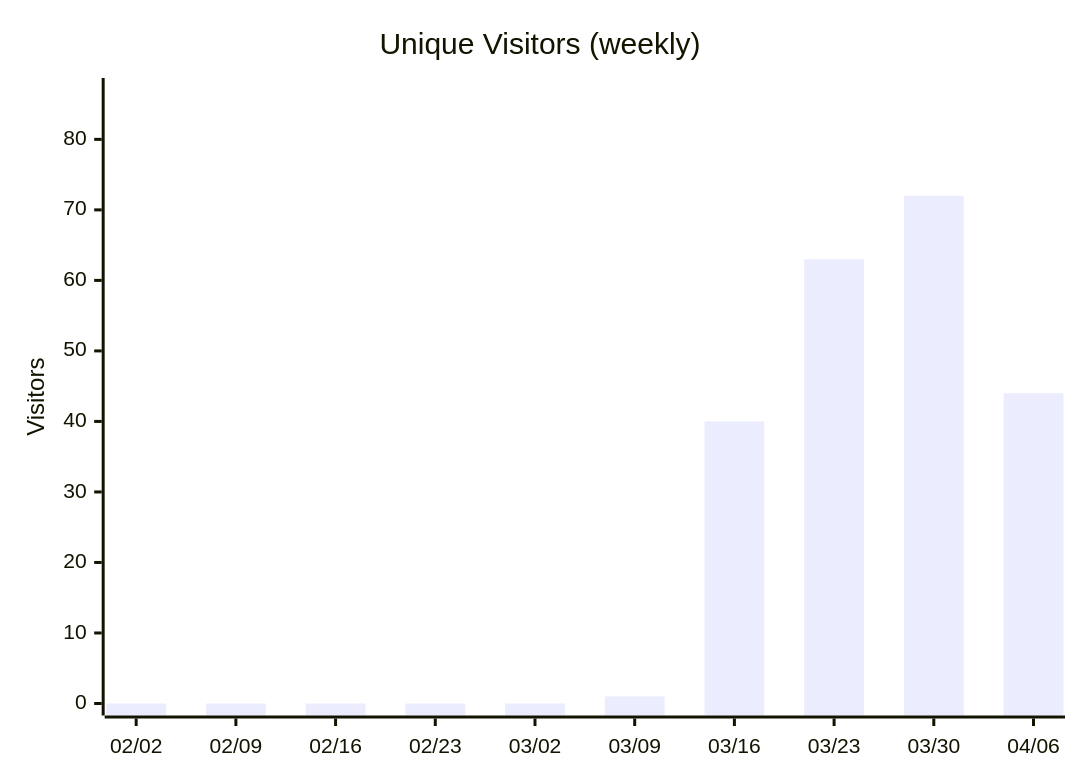
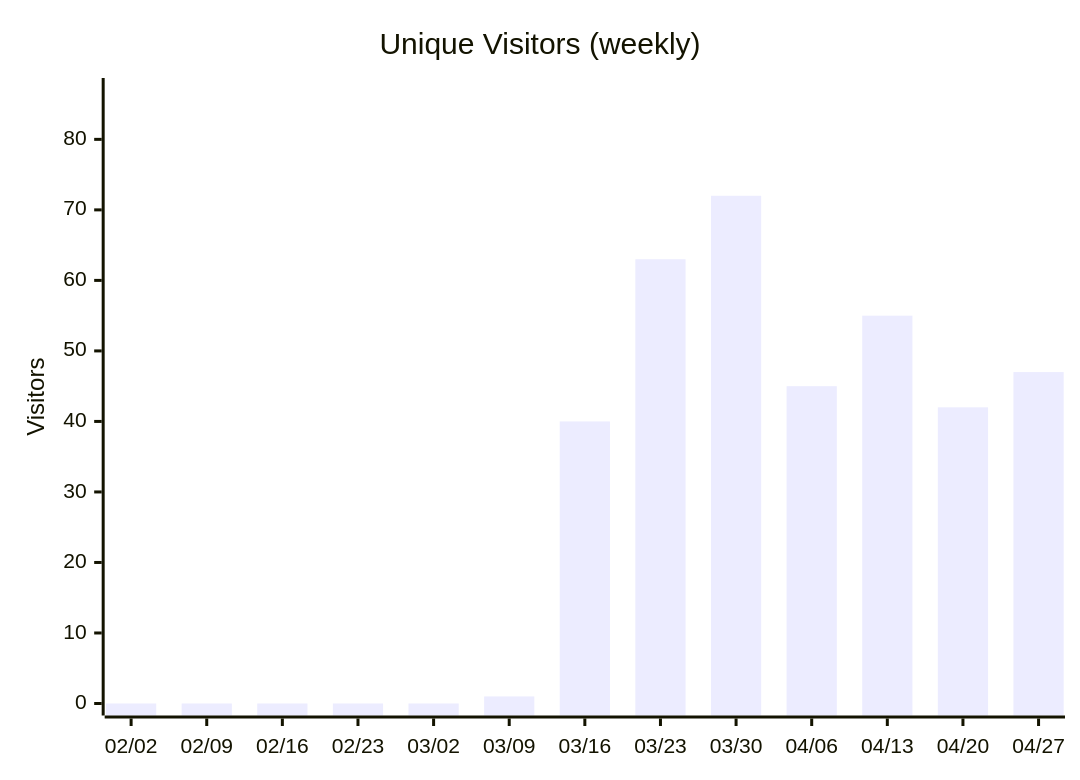
One commit to nablarch/nabledge-dev changed diagram 13 of 14 in docs/metrics.md. Above: the diagram before and after it, drawn with Mermaid. The commit also changed other lines of this file and 2 other files, not shown here.

````diff
--- a/docs/metrics.md
+++ b/docs/metrics.md
@@ -163,7 +169,7 @@
 ```mermaid
 xychart-beta
   title "Unique Visitors (weekly)"
-  x-axis ["02/02", "02/09", "02/16", "02/23", "03/02", "03/09", "03/16", "03/23", "03/30", "04/06"]
+  x-axis ["02/02", "02/09", "02/16", "02/23", "03/02", "03/09", "03/16", "03/23", "03/30", "04/06", "04/13", "04/20", "04/27"]
   y-axis "Visitors" 0 --> 87
-  bar [0, 0, 0, 0, 0, 1, 40, 63, 72, 44]
+  bar [0, 0, 0, 0, 0, 1, 40, 63, 72, 45, 55, 42, 47]
 ```
````
